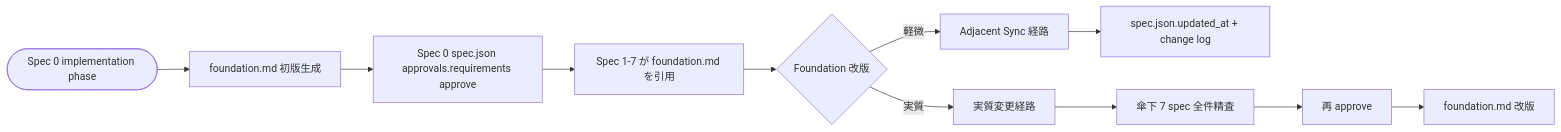
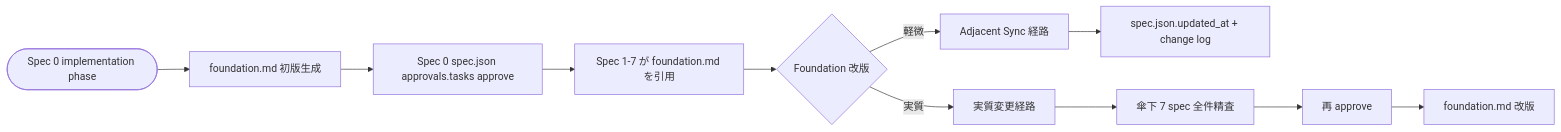
Before and after one commit to kenoogl/Rwiki-dev: the sixth of 6 diagrams in .kiro/specs/rwiki-v2-foundation/design.md, drawn with Mermaid. The commit also changed other lines of this file and 2 other files, not shown here.

First line of the commit message:
design(spec-0): rwiki-v2-foundation design approve - 新方式 4 重検査 + Step 1b-v 自動深掘り + 厳しく検証 default 化 + negative 視点強制発動

````diff
--- a/.kiro/specs/rwiki-v2-foundation/design.md
+++ b/.kiro/specs/rwiki-v2-foundation/design.md
@@ -725,13 +877,13 @@
 ```mermaid
 flowchart LR
   Init([Spec 0 implementation phase]) --> Generate[foundation.md 初版生成]
-  Generate --> Approve[Spec 0 spec.json approvals.requirements approve]
+  Generate --> Approve[Spec 0 spec.json approvals.tasks approve]
   Approve --> Reference[Spec 1-7 が foundation.md を引用]
 
   Reference --> Revision{Foundation 改版}
   Revision -->|軽微| AdjacentSync[Adjacent Sync 経路]
   Revision -->|実質| EssentialChange[実質変更経路]
 
   AdjacentSync --> UpdateTimestamp[spec.json.updated_at + change log]
   EssentialChange --> ReverifyAll[傘下 7 spec 全件精査] --> ReApprove[再 approve] --> UpdateFoundation[foundation.md 改版]
 ```
````
